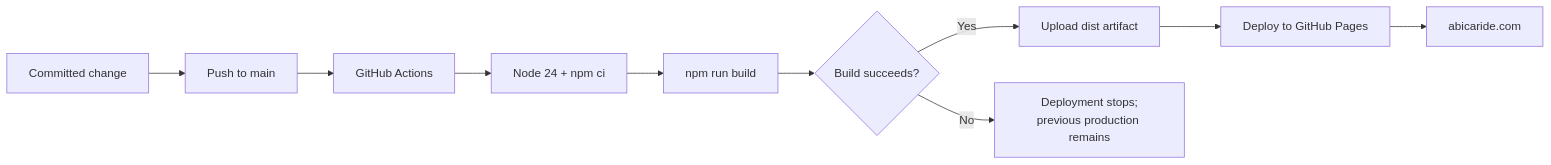
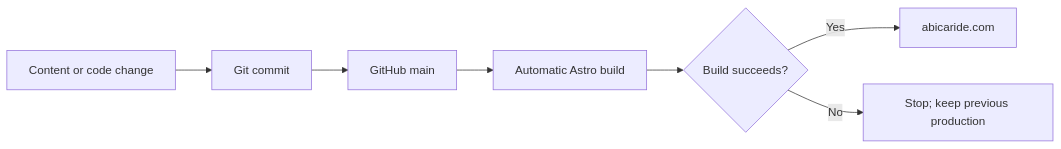
One commit to abicaride/abicaride.com changed the sixth of 6 diagrams in docs/WORKFLOW.md. Above: the diagram before and after it, drawn with Mermaid. The commit also changed other lines of this file and 10 other files, not shown here.

Commit message:
docs: document architecture and workflows

````diff
--- a/docs/WORKFLOW.md
+++ b/docs/WORKFLOW.md
@@ -301,12 +156,9 @@
 ```mermaid
 flowchart LR
-    CHANGE["Committed change"] --> MAIN["Push to main"]
-    MAIN --> CI["GitHub Actions"]
-    CI --> INSTALL["Node 24 + npm ci"]
-    INSTALL --> BUILD["npm run build"]
+    CHANGE["Content or code change"] --> COMMIT["Git commit"]
+    COMMIT --> MAIN["GitHub main"]
+    MAIN --> BUILD["Automatic Astro build"]
     BUILD --> CHECK{"Build succeeds?"}
-    CHECK -->|"Yes"| ARTIFACT["Upload dist artifact"]
-    ARTIFACT --> DEPLOY["Deploy to GitHub Pages"]
-    DEPLOY --> PROD["abicaride.com"]
-    CHECK -->|"No"| STOP["Deployment stops;<br/>previous production remains"]
+    CHECK -->|"Yes"| SITE["abicaride.com"]
+    CHECK -->|"No"| STOP["Stop; keep previous production"]
 ```
````
